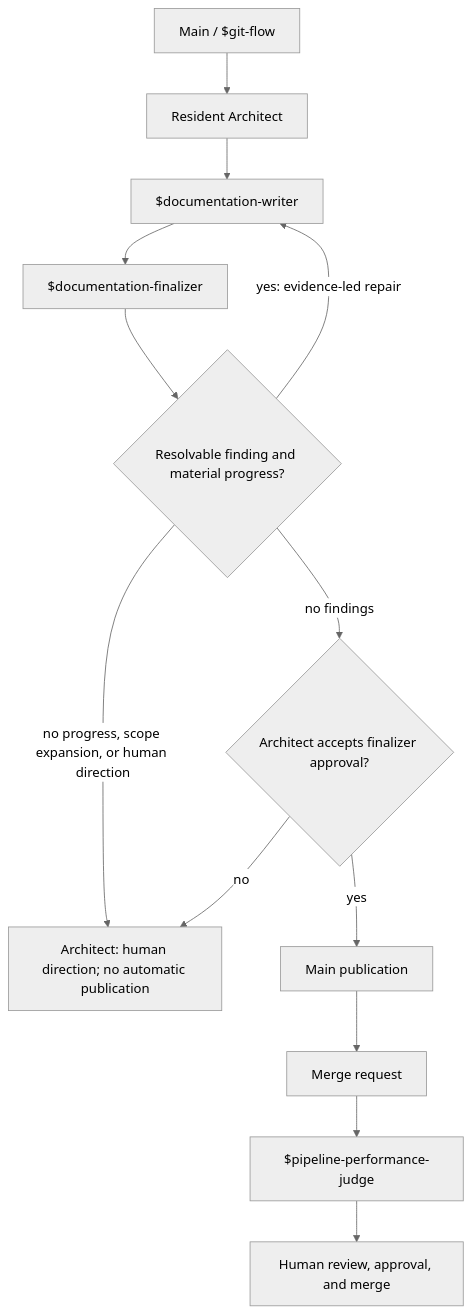
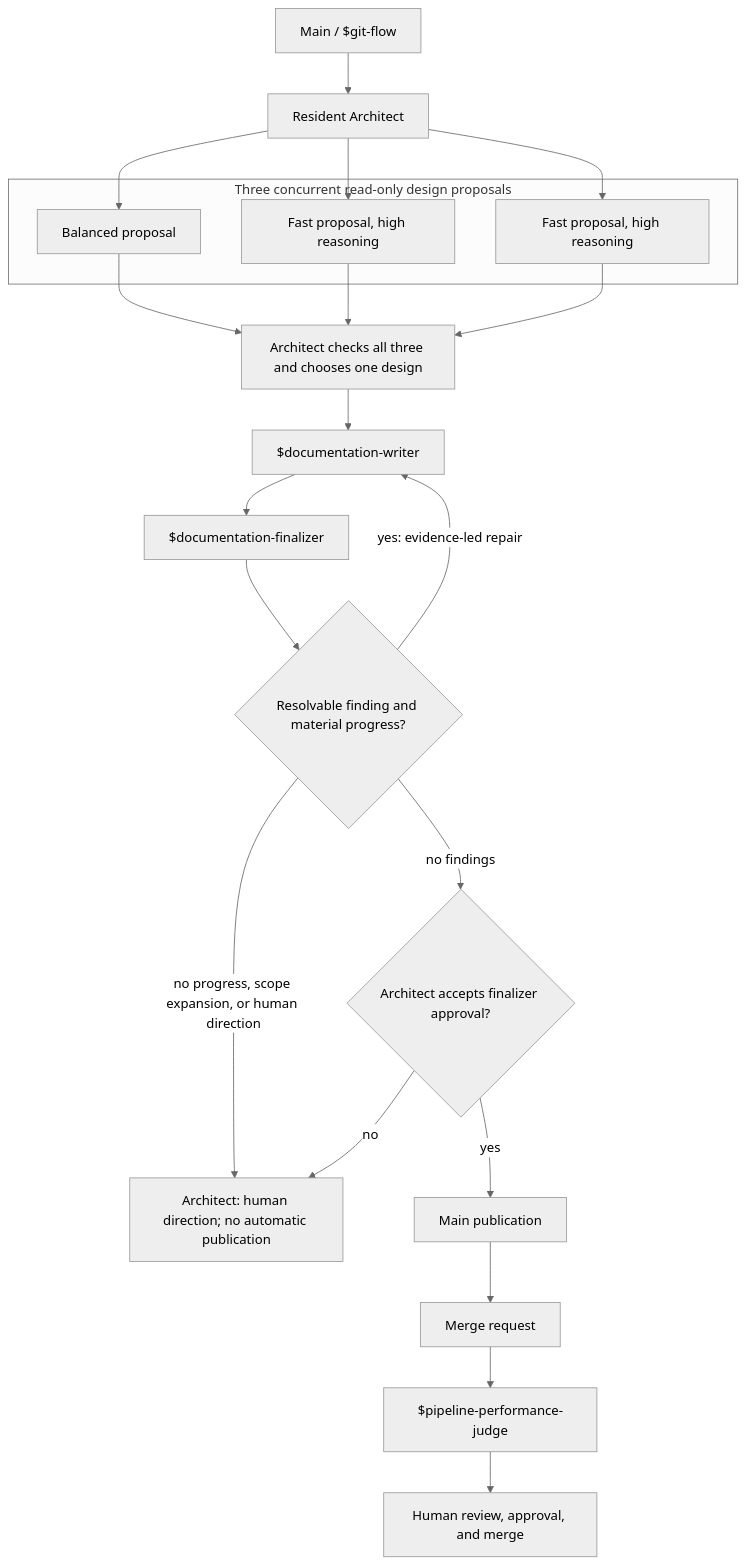
Before and after one commit to dfwguy/nvis-ova-agentic-copier: the second of 5 diagrams in template/docs/explanation/agentic-workflow.md, drawn with Mermaid (neutral theme). The commit also changed other lines of this file and 26 other files, not shown here.

Commit message:
feat: add architect proposal gate

````diff
--- a/template/docs/explanation/agentic-workflow.md
+++ b/template/docs/explanation/agentic-workflow.md
@@ -283,15 +310,26 @@
 ```mermaid
 flowchart TD
     docmain["Main / $git-flow"] --> docarchitect["Resident Architect"]
-    docarchitect --> docwriter["$documentation-writer"]
+    subgraph docproposals["Three concurrent read-only design proposals"]
+        docbalanced["Balanced proposal"]
+        docfastone["Fast proposal, high reasoning"]
+        docfasttwo["Fast proposal, high reasoning"]
+    end
+    docarchitect --> docbalanced
+    docarchitect --> docfastone
+    docarchitect --> docfasttwo
+    docbalanced --> docsynthesis["Architect checks all three and chooses one design"]
+    docfastone --> docsynthesis
+    docfasttwo --> docsynthesis
+    docsynthesis --> docwriter["$documentation-writer"]
     docwriter --> docfinalizer["$documentation-finalizer"]
     docfinalizer --> docprogress{"Resolvable finding and material progress?"}
     docprogress -- "yes: evidence-led repair" --> docwriter
     docprogress -- "no findings" --> docdecision{"Architect accepts finalizer approval?"}
     docprogress -- "no progress, scope expansion, or human direction" --> dochuman["Architect: human direction; no automatic publication"]
     docdecision -- "yes" --> docpublish["Main publication"]
     docdecision -- "no" --> dochuman
     docpublish --> docmr["Merge request"]
     docmr --> docpipeline["$pipeline-performance-judge"]
     docpipeline --> dochumanreview["Human review, approval, and merge"]
 ```
````
